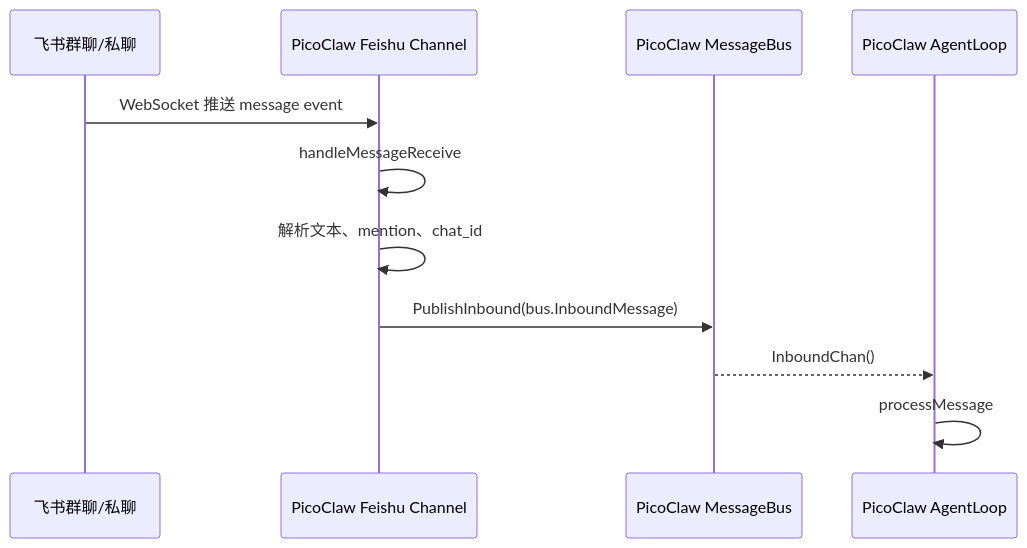
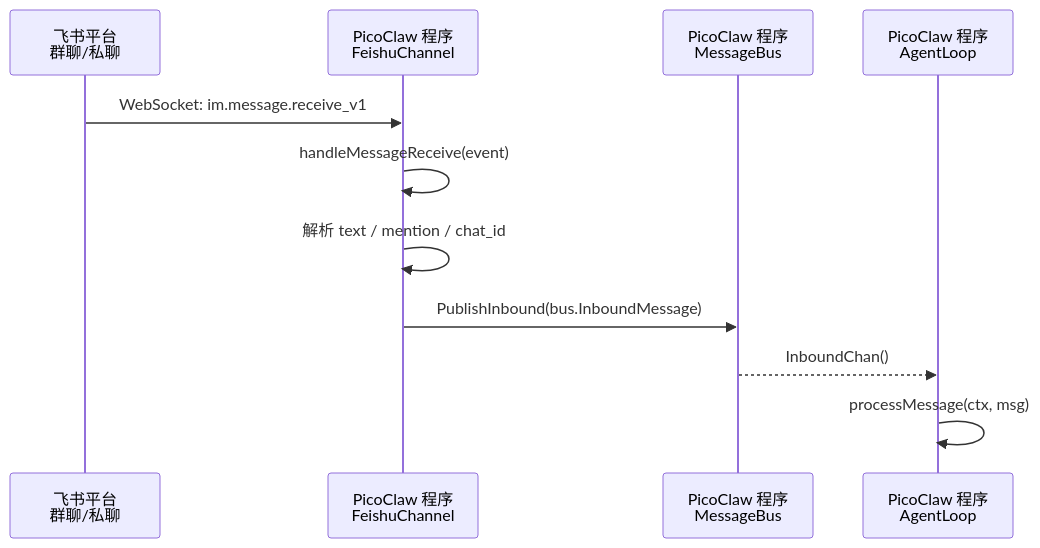
The second of 12 diagrams in docs/channel/codex-feishu.zh.md (GatewayJ/csgclaw), drawn with Mermaid before and after one commit. The commit also changed other lines of this file, not shown here.

Commit message:
docs: label programs in feishu flow diagrams

````diff
--- a/docs/channel/codex-feishu.zh.md
+++ b/docs/channel/codex-feishu.zh.md
@@ -31,14 +31,14 @@
 ```mermaid
 sequenceDiagram
-    participant Feishu as 飞书群聊/私聊
-    participant Channel as PicoClaw Feishu Channel
-    participant Bus as PicoClaw MessageBus
-    participant Agent as PicoClaw AgentLoop
+    participant Feishu as 飞书平台<br/>群聊/私聊
+    participant Channel as PicoClaw 程序<br/>FeishuChannel
+    participant Bus as PicoClaw 程序<br/>MessageBus
+    participant Agent as PicoClaw 程序<br/>AgentLoop
 
-    Feishu->>Channel: WebSocket 推送 message event
-    Channel->>Channel: handleMessageReceive
-    Channel->>Channel: 解析文本、mention、chat_id
+    Feishu->>Channel: WebSocket: im.message.receive_v1
+    Channel->>Channel: handleMessageReceive(event)
+    Channel->>Channel: 解析 text / mention / chat_id
     Channel->>Bus: PublishInbound(bus.InboundMessage)
     Bus-->>Agent: InboundChan()
-    Agent->>Agent: processMessage
+    Agent->>Agent: processMessage(ctx, msg)
 ```
````
